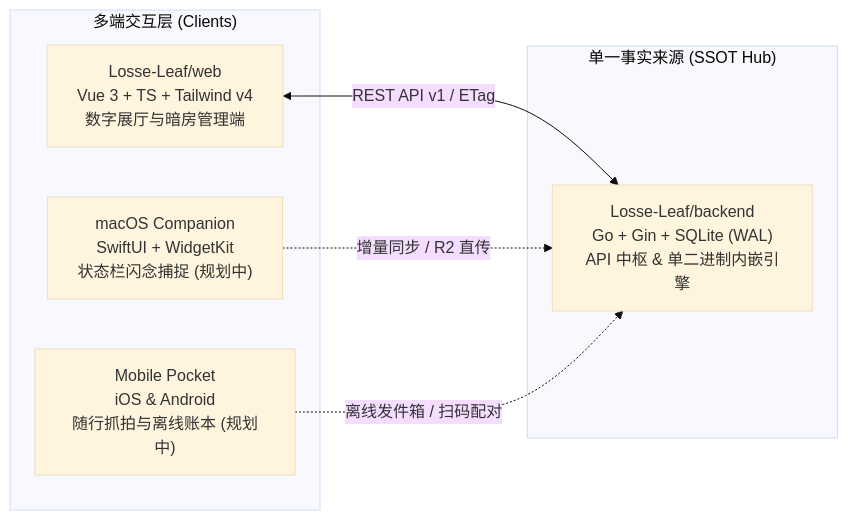
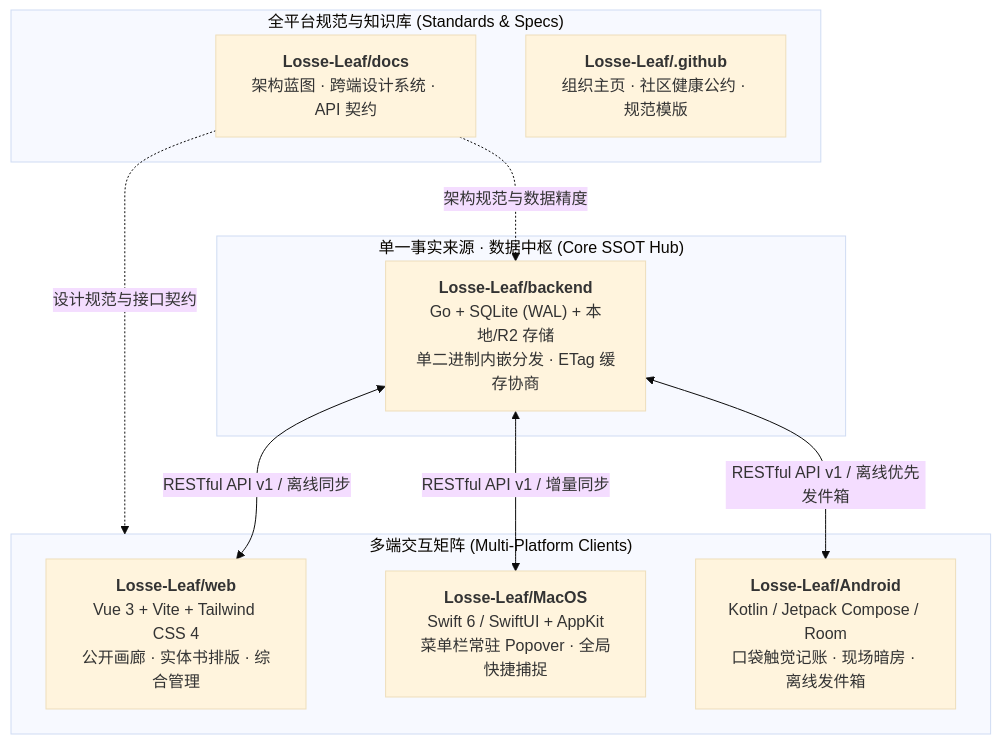
One commit to Losse-Leaf/.github changed the diagram in profile/README.md. Above: the diagram before and after it, drawn with Mermaid (base theme). The commit also changed other lines of this file and 19 other files, not shown here.

````diff
--- a/profile/README.md
+++ b/profile/README.md
@@ -53,16 +58,24 @@
 ```mermaid
-graph LR
-    subgraph Client["多端交互层 (Clients)"]
-        Web["Losse-Leaf/web<br/>Vue 3 + TS + Tailwind v4<br/>数字展厅与暗房管理端"]
-        Mac["macOS Companion<br/>SwiftUI + WidgetKit<br/>状态栏闪念捕捉 (规划中)"]
-        Mobile["Mobile Pocket<br/>iOS & Android<br/>随行抓拍与离线账本 (规划中)"]
+graph TD
+    subgraph CoreHub["单一事实来源 · 数据中枢 (Core SSOT Hub)"]
+        Backend["<b>Losse-Leaf/backend</b><br/>Go + SQLite (WAL) + 本地/R2 存储<br/>单二进制内嵌分发 · ETag 缓存协商"]
     end
 
-    subgraph Core["单一事实来源 (SSOT Hub)"]
-        Backend["Losse-Leaf/backend<br/>Go + Gin + SQLite (WAL)<br/>API 中枢 & 单二进制内嵌引擎"]
+    subgraph Clients["多端交互矩阵 (Multi-Platform Clients)"]
+        Web["<b>Losse-Leaf/web</b><br/>Vue 3 + Vite + Tailwind CSS 4<br/>公开画廊 · 实体书排版 · 综合管理"]
+        Mac["<b>Losse-Leaf/MacOS</b><br/>Swift 6 / SwiftUI + AppKit<br/>菜单栏常驻 Popover · 全局快捷捕捉"]
+        Android["<b>Losse-Leaf/Android</b><br/>Kotlin / Jetpack Compose / Room<br/>口袋触觉记账 · 现场暗房 · 离线发件箱"]
     end
 
-    Web <-->|REST API v1 / ETag| Backend
-    Mac -.->|增量同步 / R2 直传| Backend
-    Mobile -.->|离线发件箱 / 扫码配对| Backend
+    subgraph Specs["全平台规范与知识库 (Standards & Specs)"]
+        Docs["<b>Losse-Leaf/docs</b><br/>架构蓝图 · 跨端设计系统 · API 契约"]
+        Github["<b>Losse-Leaf/.github</b><br/>组织主页 · 社区健康公约 · 规范模版"]
+    end
+
+    Backend <-->|RESTful API v1 / 离线同步| Web
+    Backend <-->|RESTful API v1 / 增量同步| Mac
+    Backend <-->|RESTful API v1 / 离线优先发件箱| Android
+
+    Docs -.->|设计规范与接口契约| Clients
+    Docs -.->|架构规范与数据精度| Backend
 ```
````
